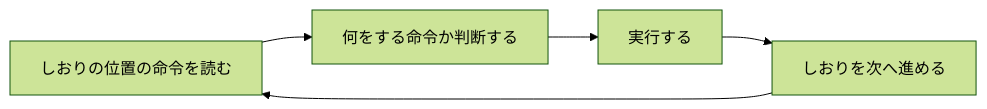
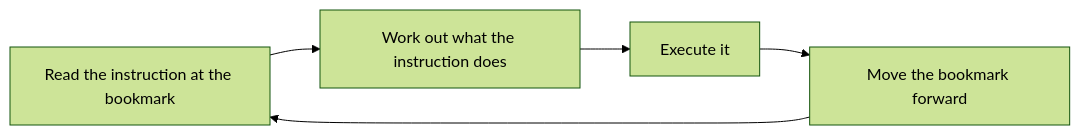
Before and after one commit to kiwamizamurai/gaming: the first of 3 diagrams in articles/20-cpu.md, drawn with Mermaid (forest theme). The commit also changed other lines of this file and 46 other files, not shown here.

````diff
--- a/articles/20-cpu.md
+++ b/articles/20-cpu.md
@@ -17,7 +17,7 @@
 ```mermaid
 flowchart LR
-    A[しおりの位置の命令を読む] --> B[何をする命令か判断する]
-    B --> C[実行する]
-    C --> D[しおりを次へ進める]
+    A[Read the instruction at the bookmark] --> B[Work out what the instruction does]
+    B --> C[Execute it]
+    C --> D[Move the bookmark forward]
     D --> A
 ```
````
